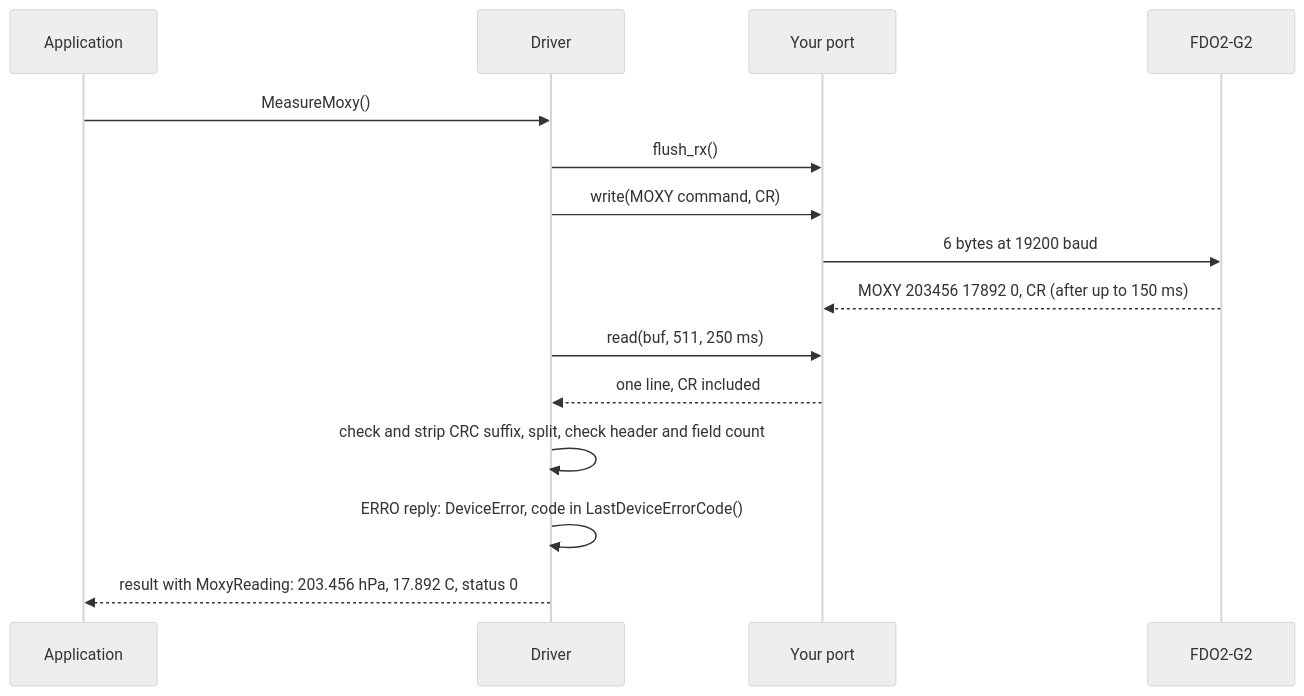
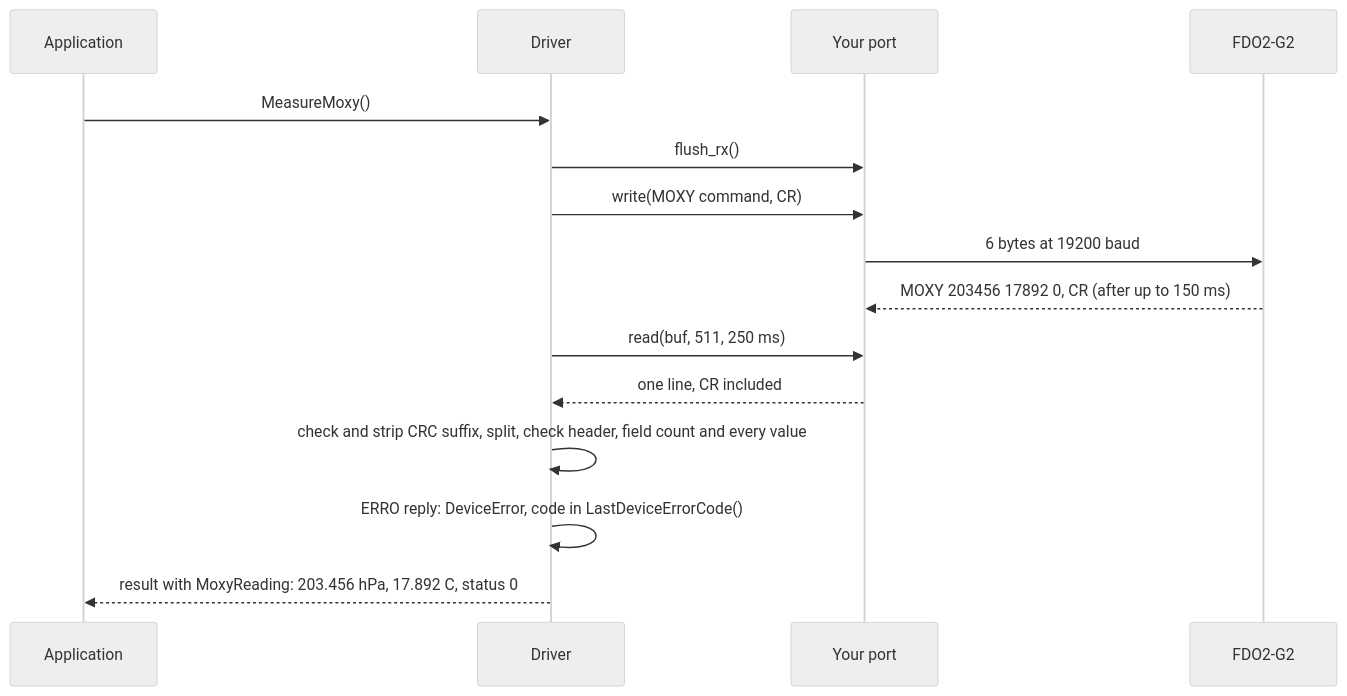
The diagram in docs/architecture.md (hardfoc/hf-fdo2-driver), drawn with Mermaid (neutral theme) before and after one commit. The commit also changed 7 other files, not shown here.

First line of the commit message:
Check every reply value and require the CR terminator

````diff
--- a/docs/architecture.md
+++ b/docs/architecture.md
@@ -28,17 +28,17 @@
 ```mermaid
 sequenceDiagram
     participant A as Application
     participant D as Driver
     participant P as Your port
     participant S as FDO2-G2
     A->>D: MeasureMoxy()
     D->>P: flush_rx()
     D->>P: write(MOXY command, CR)
     P->>S: 6 bytes at 19200 baud
     S-->>P: MOXY 203456 17892 0, CR (after up to 150 ms)
     D->>P: read(buf, 511, 250 ms)
     P-->>D: one line, CR included
-    D->>D: check and strip CRC suffix, split, check header and field count
+    D->>D: check and strip CRC suffix, split, check header, field count and every value
     D->>D: ERRO reply: DeviceError, code in LastDeviceErrorCode()
     D-->>A: result with MoxyReading: 203.456 hPa, 17.892 C, status 0
 ```
````
